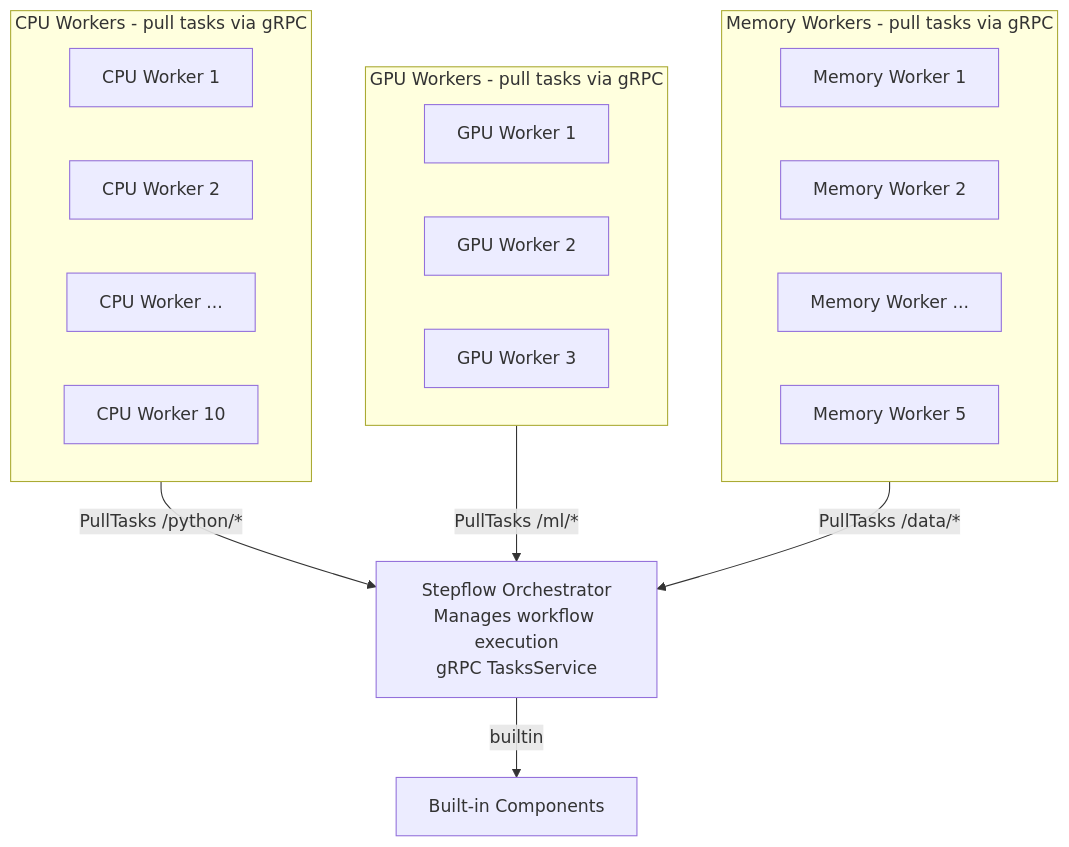
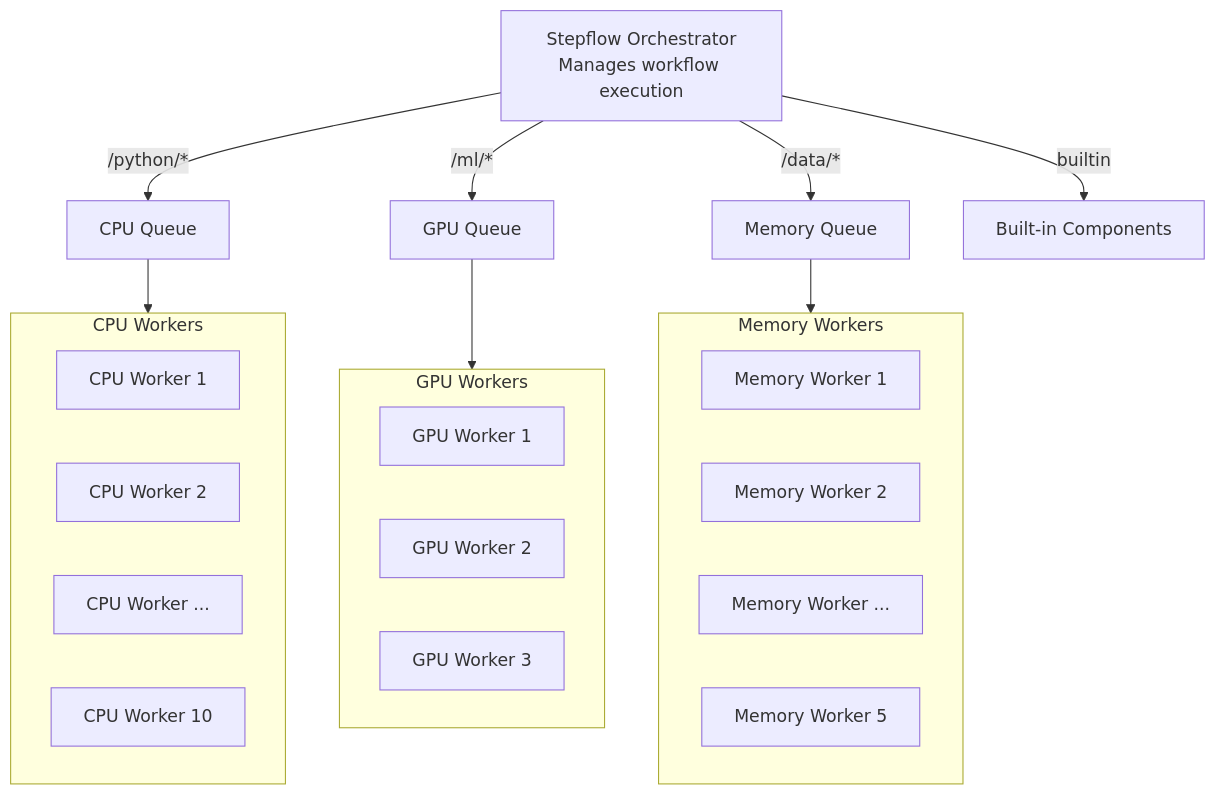
One commit to stepflow-ai/stepflow changed the diagram in docs/docs/deployment/index.md. Above: the diagram before and after it, drawn with Mermaid. The commit also changed other lines of this file and 33 other files, not shown here.

First line of the commit message:
docs: Update documentation for gRPC-first architecture (#816)

````diff
--- a/docs/docs/deployment/index.md
+++ b/docs/docs/deployment/index.md
@@ -62,30 +58,33 @@
 ```mermaid
 flowchart TB
-    Orch[Stepflow Orchestrator<br/>Manages workflow execution<br/>gRPC TasksService]
-
+    Orch[Stepflow Orchestrator<br/>Manages workflow execution]
+    
+    Orch -->|/python/*| CPQ[CPU Queue]
+    Orch -->|/ml/*| GPQ[GPU Queue]
+    Orch -->|/data/*| MemQ[Memory Queue]
     Orch -->|builtin| Builtin[Built-in Components]
-
-    subgraph CPU[CPU Workers - pull tasks via gRPC]
+    
+    subgraph CPU[CPU Workers]
         CPU1[CPU Worker 1]
         CPU2[CPU Worker 2]
         CPU3[CPU Worker ...]
         CPU4[CPU Worker 10]
     end
 
-    subgraph GPU[GPU Workers - pull tasks via gRPC]
+    subgraph GPU[GPU Workers]
         GPU1[GPU Worker 1]
         GPU2[GPU Worker 2]
         GPU3[GPU Worker 3]
     end
 
-    subgraph MEM[Memory Workers - pull tasks via gRPC]
+    subgraph MEM[Memory Workers]
         MEM1[Memory Worker 1]
         MEM2[Memory Worker 2]
         MEM3[Memory Worker ...]
         MEM4[Memory Worker 5]
     end
-
-    CPU -->|PullTasks /python/*| Orch
-    GPU -->|PullTasks /ml/*| Orch
-    MEM -->|PullTasks /data/*| Orch
+    
+    CPQ --> CPU
+    GPQ --> GPU
+    MemQ --> MEM
 ```
````
